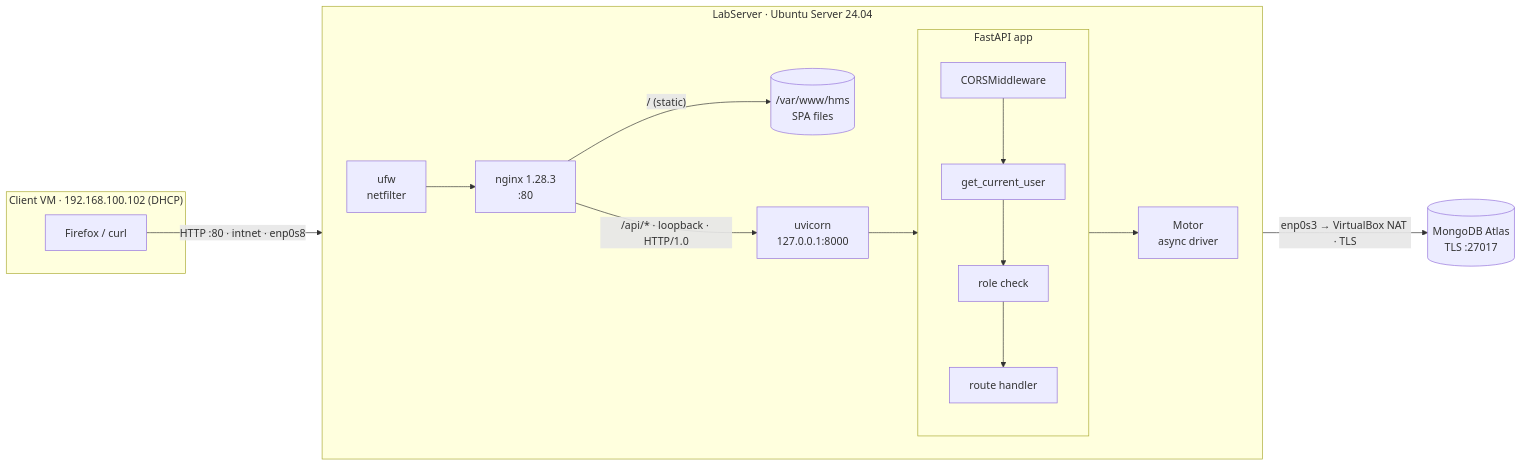
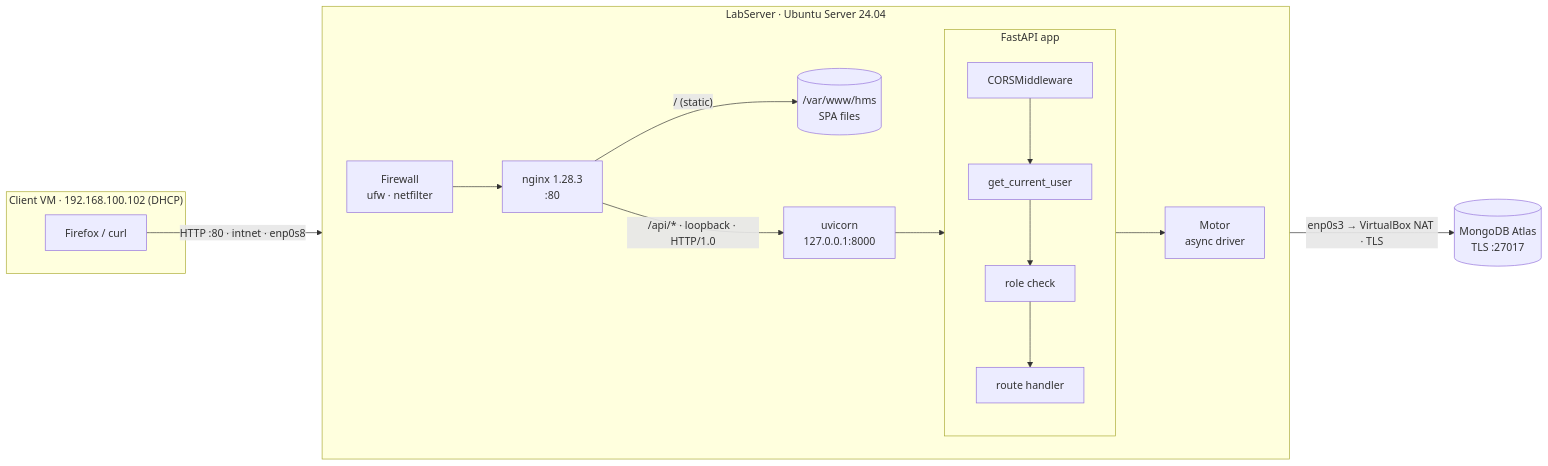
The first of 5 diagrams in docs/request-flow.md (Gaston202/NetworksProject), drawn with Mermaid before and after one commit. The commit also changed other lines of this file, not shown here.

Commit message:
docs: call the ufw layer "Firewall" in the request-flow diagrams

````diff
--- a/docs/request-flow.md
+++ b/docs/request-flow.md
@@ -11,24 +11,24 @@
 ```mermaid
 flowchart LR
     subgraph CLIENT["Client VM · 192.168.100.102 (DHCP)"]
         B["Firefox / curl"]
     end
     subgraph SRV["LabServer · Ubuntu Server 24.04"]
         direction LR
-        UFW["ufw<br/>netfilter"]
+        UFW["Firewall<br/>ufw · netfilter"]
         NG["nginx 1.28.3<br/>:80"]
         FS[("/var/www/hms<br/>SPA files")]
         UV["uvicorn<br/>127.0.0.1:8000"]
         subgraph APP["FastAPI app"]
             direction TB
             CORS["CORSMiddleware"] --> AUTH["get_current_user"] --> ROLE["role check"] --> H["route handler"]
         end
         MO["Motor<br/>async driver"]
     end
     AT[("MongoDB Atlas<br/>TLS :27017")]
 
     B -- "HTTP :80 · intnet · enp0s8" --> UFW --> NG
     NG -- "/ (static)" --> FS
     NG -- "/api/* · loopback · HTTP/1.0" --> UV --> CORS
     H --> MO -- "enp0s3 → VirtualBox NAT · TLS" --> AT
 ```
````
